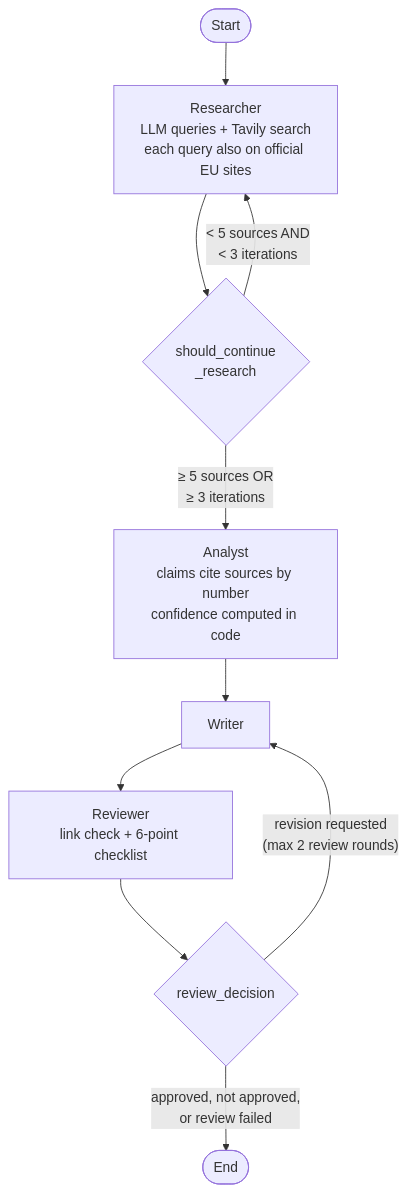
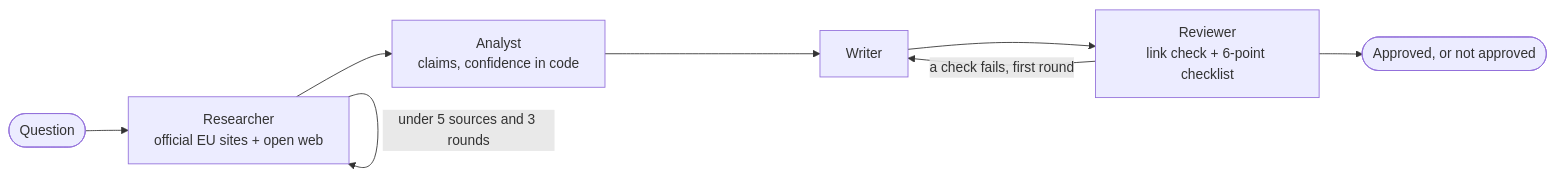
Before and after one commit to KimjiP/multi-agent-research-system: the diagram in README.md, drawn with Mermaid. The commit also changed other lines of this file, not shown here.

````diff
--- a/README.md
+++ b/README.md
@@ -30,12 +15,10 @@
 ```mermaid
-graph TD
-    START([Start]) --> R[Researcher<br/>LLM queries + Tavily search<br/>each query also on official EU sites]
-    R --> CR{should_continue<br/>_research}
-    CR -->|"< 5 sources AND<br/>< 3 iterations"| R
-    CR -->|"≥ 5 sources OR<br/>≥ 3 iterations"| A[Analyst<br/>claims cite sources by number<br/>confidence computed in code]
+graph LR
+    Q([Question]) --> R[Researcher<br/>official EU sites + open web]
+    R -->|under 5 sources and 3 rounds| R
+    R --> A[Analyst<br/>claims, confidence in code]
     A --> W[Writer]
     W --> RV[Reviewer<br/>link check + 6-point checklist]
-    RV --> RD{review_decision}
-    RD -->|"revision requested<br/>(max 2 review rounds)"| W
-    RD -->|"approved, not approved,<br/>or review failed"| END([End])
+    RV -->|a check fails, first round| W
+    RV --> E([Approved, or not approved])
 ```
````
